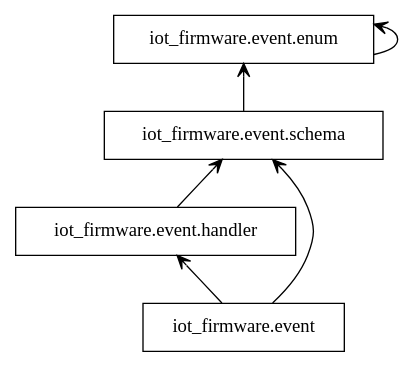
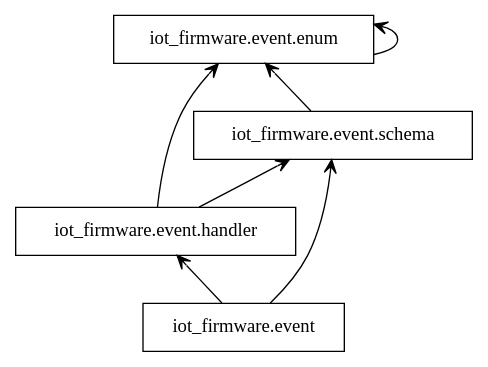
One commit to bonastreyair/iot-firmware changed the diagram in docs/graphs/packages_event.dot. Above: the diagram before and after it, drawn with Graphviz. The commit also changed 22 other files, not shown here.

First line of the commit message:
async EventHandler (#28)

```diff
--- a/docs/graphs/packages_event.dot
+++ b/docs/graphs/packages_event.dot
@@ -1,13 +1,14 @@
 digraph "packages_event" {
 rankdir=BT
 charset="utf-8"
 "iot_firmware.event" [color="black", label="iot_firmware.event", shape="box", style="solid"];
 "iot_firmware.event.enum" [color="black", label="iot_firmware.event.enum", shape="box", style="solid"];
 "iot_firmware.event.handler" [color="black", label="iot_firmware.event.handler", shape="box", style="solid"];
 "iot_firmware.event.schema" [color="black", label="iot_firmware.event.schema", shape="box", style="solid"];
 "iot_firmware.event" -> "iot_firmware.event.handler" [arrowhead="open", arrowtail="none"];
 "iot_firmware.event" -> "iot_firmware.event.schema" [arrowhead="open", arrowtail="none"];
 "iot_firmware.event.enum" -> "iot_firmware.event.enum" [arrowhead="open", arrowtail="none"];
+"iot_firmware.event.handler" -> "iot_firmware.event.enum" [arrowhead="open", arrowtail="none"];
 "iot_firmware.event.handler" -> "iot_firmware.event.schema" [arrowhead="open", arrowtail="none"];
 "iot_firmware.event.schema" -> "iot_firmware.event.enum" [arrowhead="open", arrowtail="none"];
 }
```
